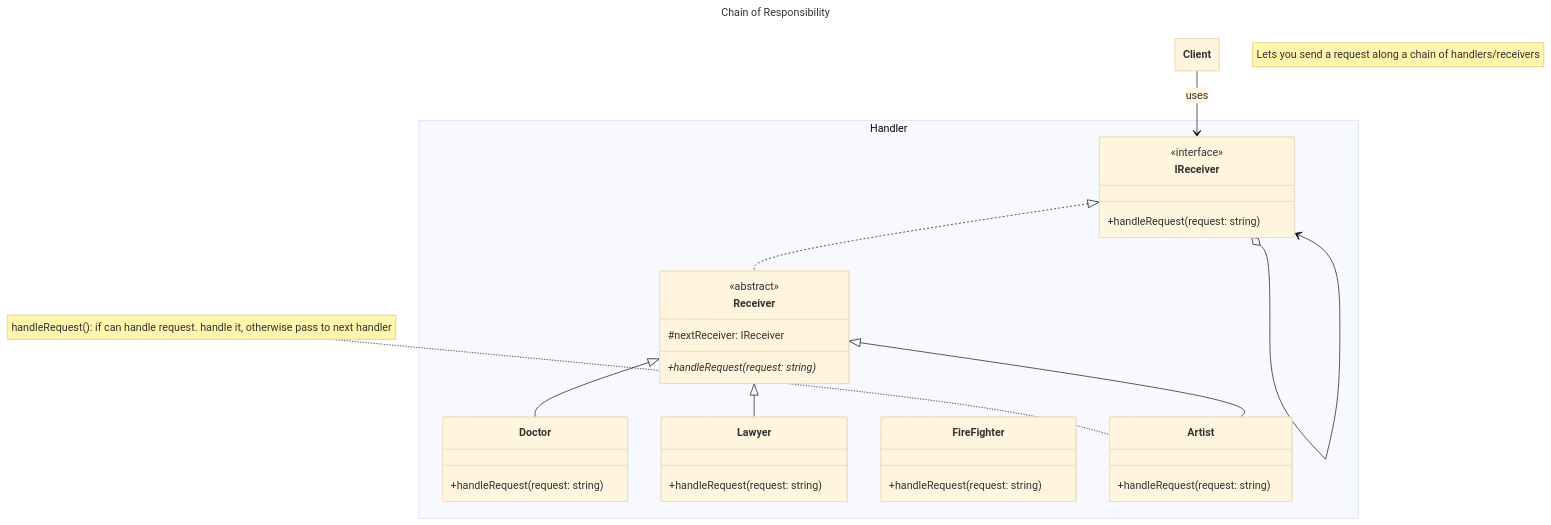
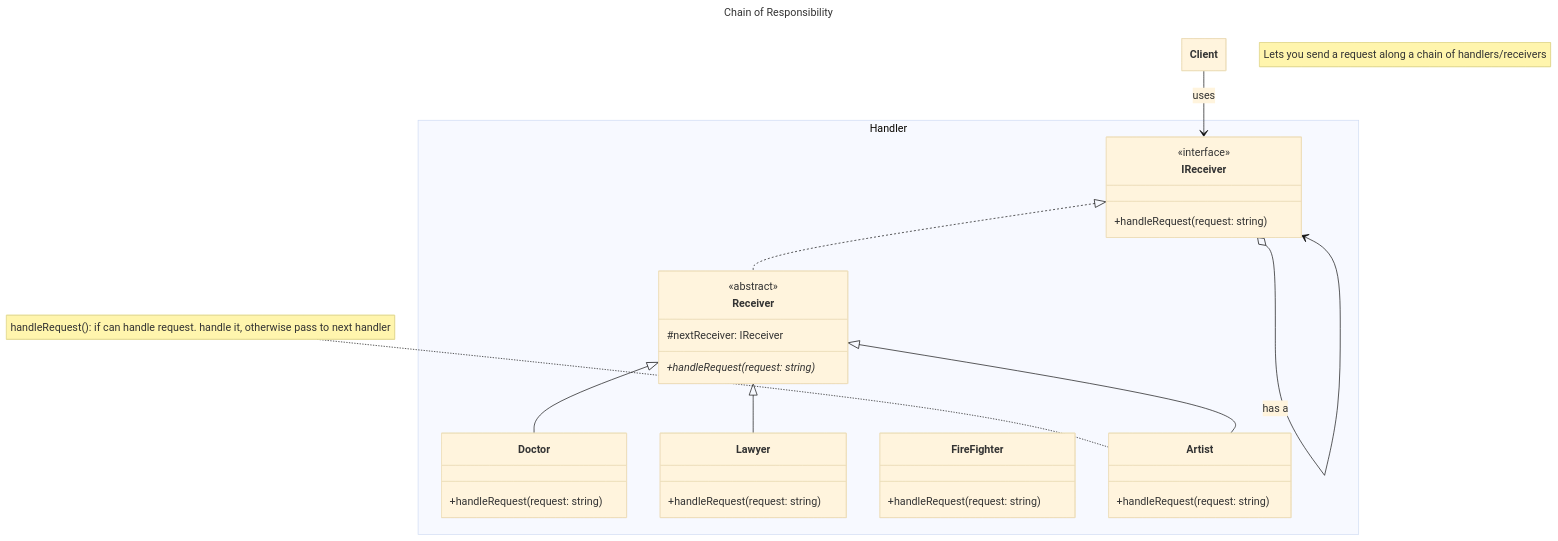
One commit to ZimCodes/self_learning_projects changed the diagram in Design Patterns/Behavioral Patterns/chainofresponsibility.mmd. Above: the diagram before and after it, drawn with Mermaid (base theme).

Commit message:
update chainofresponsibility

```diff
--- a/Design Patterns/Behavioral Patterns/chainofresponsibility.mmd
+++ b/Design Patterns/Behavioral Patterns/chainofresponsibility.mmd
@@ -1,43 +1,43 @@
 ---
 title: Chain of Responsibility
 config:
     class:
         hideEmptyMembersBox: true
 ---
 classDiagram
     namespace Handler {
         class IReceiver {
             <<interface>>
             +handleRequest(request: string)
         }
         class Receiver {
             <<abstract>>
             #nextReceiver: IReceiver
             +handleRequest(request: string)*
         }
         class Doctor {
             +handleRequest(request: string)
         }
         class Lawyer {
             +handleRequest(request: string)
         }
         class FireFighter {
             +handleRequest(request: string)
         }
         class Artist {
             +handleRequest(request: string)
         }
     }
     class Client
 
     IReceiver <|.. Receiver
     Receiver <|-- Doctor
     Receiver <|-- Lawyer
     Receiver <|-- Artist
     Client --> IReceiver : uses
     %% Miscs
-    IReceiver o--> IReceiver
+    IReceiver o--> IReceiver : has a
 
     %% Notes
     note for Artist "handleRequest(): if can handle request. handle it, otherwise pass to next handler"
     note "Lets you send a request along a chain of handlers/receivers"
```
